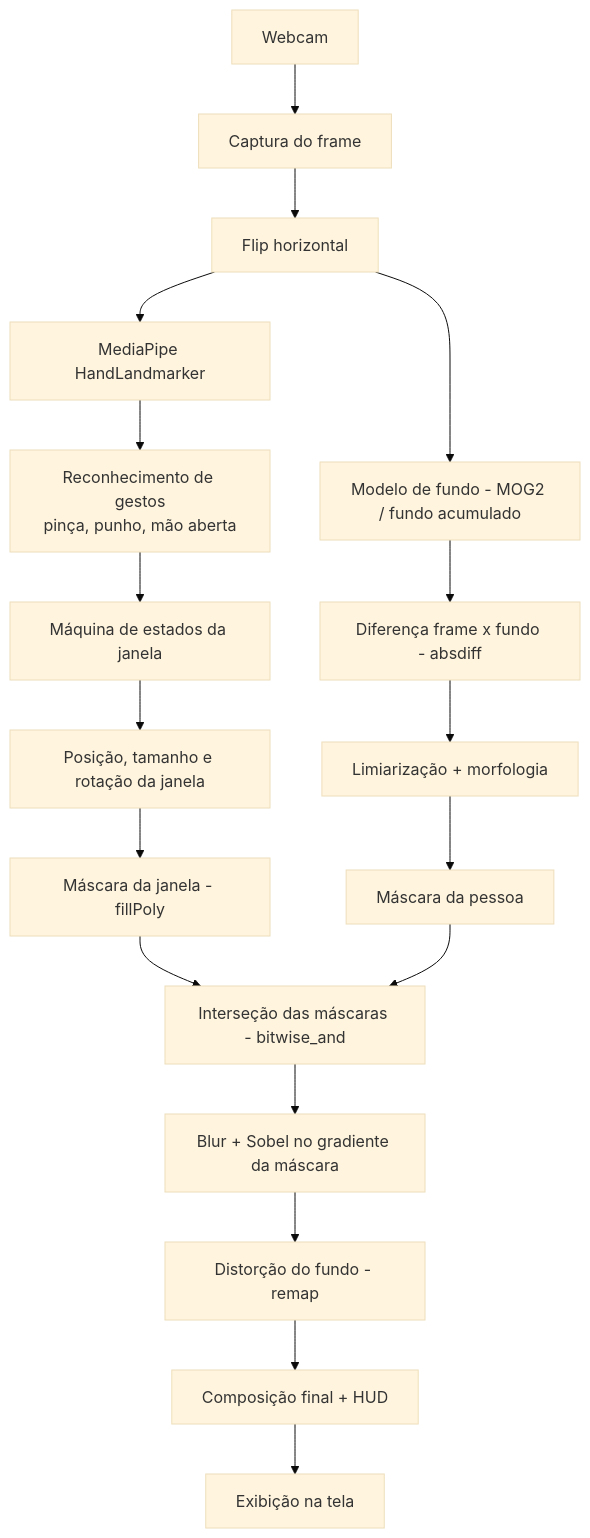
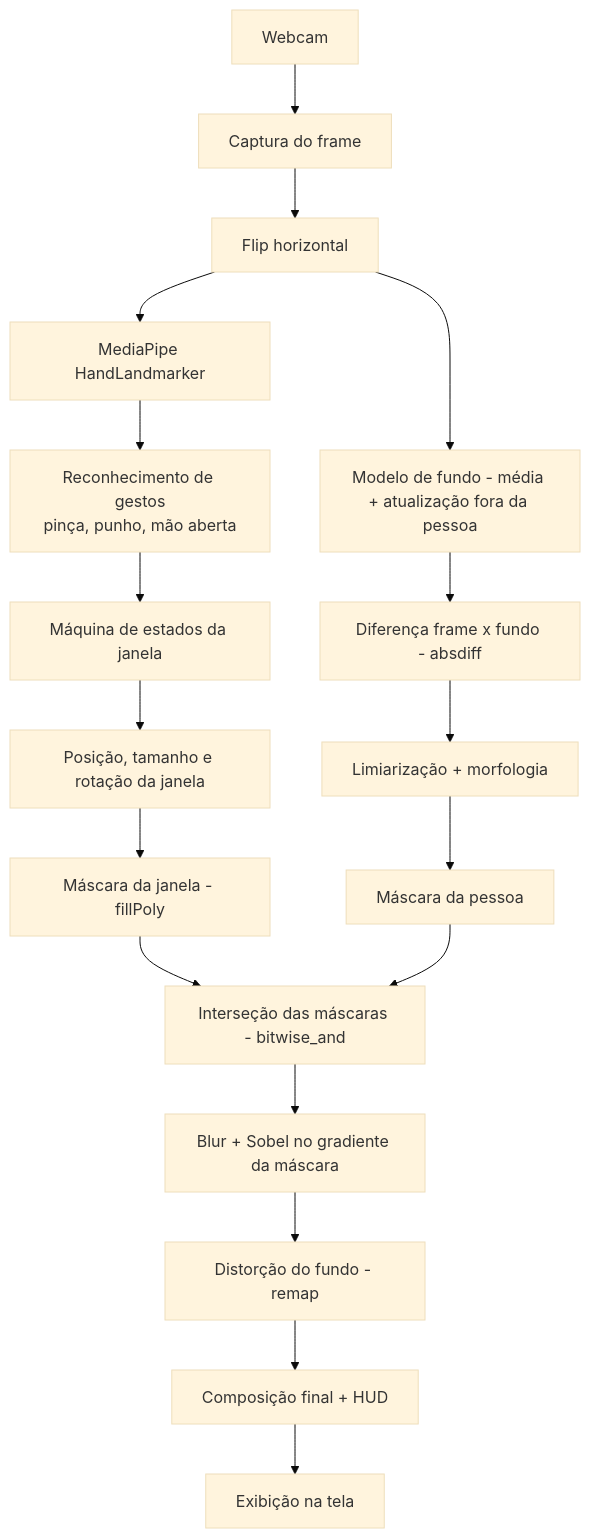
The first of 2 diagrams in README.md (hPedro11/invisible-box), drawn with Mermaid (base theme) before and after one commit. The commit also changed other lines of this file and 17 other files, not shown here.

````diff
--- a/README.md
+++ b/README.md
@@ -50,23 +50,23 @@
 ```mermaid
 flowchart TD
     A[Webcam] --> B[Captura do frame]
     B --> C[Flip horizontal]
     C --> D[MediaPipe HandLandmarker]
-    C --> E[Modelo de fundo - MOG2 / fundo acumulado]
+    C --> E[Modelo de fundo - média + atualização fora da pessoa]
 
     D --> F[Reconhecimento de gestos<br/>pinça, punho, mão aberta]
     F --> G[Máquina de estados da janela]
     G --> H[Posição, tamanho e rotação da janela]
     H --> I[Máscara da janela - fillPoly]
 
     E --> J[Diferença frame x fundo - absdiff]
     J --> K[Limiarização + morfologia]
     K --> L[Máscara da pessoa]
 
     I --> M[Interseção das máscaras - bitwise_and]
     L --> M
     M --> N[Blur + Sobel no gradiente da máscara]
     N --> O[Distorção do fundo - remap]
     O --> P[Composição final + HUD]
     P --> Q[Exibição na tela]
 ```
````
